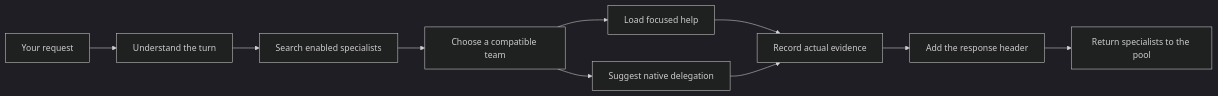
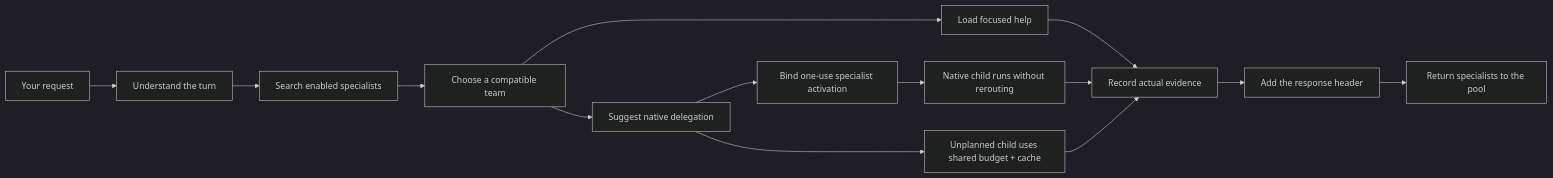
One commit to Holeshot-Software-LLC/agency-runtime changed the diagram in README.md. Above: the diagram before and after it, drawn with Mermaid (dark theme). The commit also changed other lines of this file and 63 other files, not shown here.

Commit message:
feat(routing): bound native child inference and expose account models

````diff
--- a/README.md
+++ b/README.md
@@ -64,12 +66,16 @@
 ```mermaid
 flowchart LR
     U["Your request"] --> T["Understand the turn"]
     T --> R["Search enabled specialists"]
     R --> C["Choose a compatible team"]
     C --> L["Load focused help"]
     C --> D["Suggest native delegation"]
+    D --> B["Bind one-use specialist activation"]
+    B --> N["Native child runs without rerouting"]
+    D --> U2["Unplanned child uses shared budget + cache"]
     L --> E["Record actual evidence"]
-    D --> E
+    N --> E
+    U2 --> E
     E --> H["Add the response header"]
     H --> P["Return specialists to the pool"]
 ```
````
